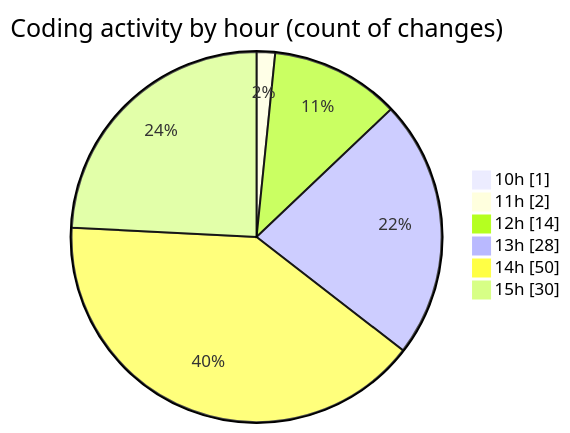
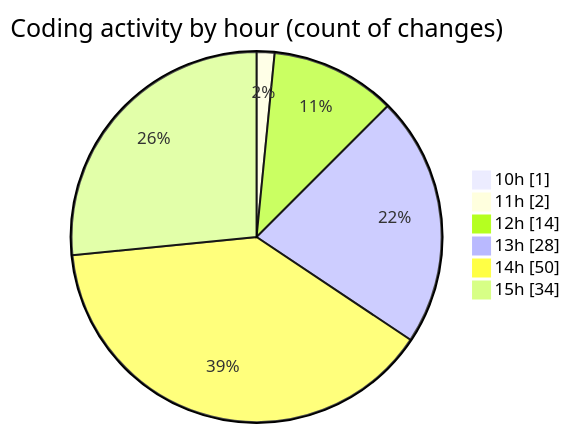
One commit to momahboobian/code-tracking changed the second of 2 diagrams in 2026-11-02/cda/README.md. Above: the diagram before and after it, drawn with Mermaid. The commit also changed other lines of this file and 1 other file, not shown here.

````diff
--- a/2026-11-02/cda/README.md
+++ b/2026-11-02/cda/README.md
@@ -66,10 +66,10 @@
 ```mermaid
 pie showData
 title Coding activity by hour (count of changes)
 "10h" : 1
 "11h" : 2
 "12h" : 14
 "13h" : 28
 "14h" : 50
-"15h" : 30
+"15h" : 34
 ```
````
